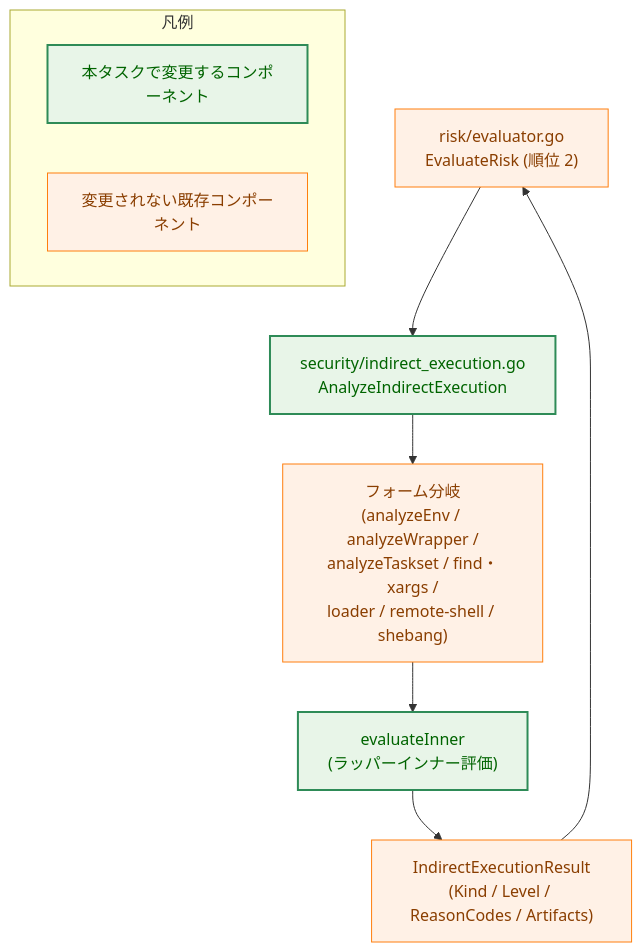
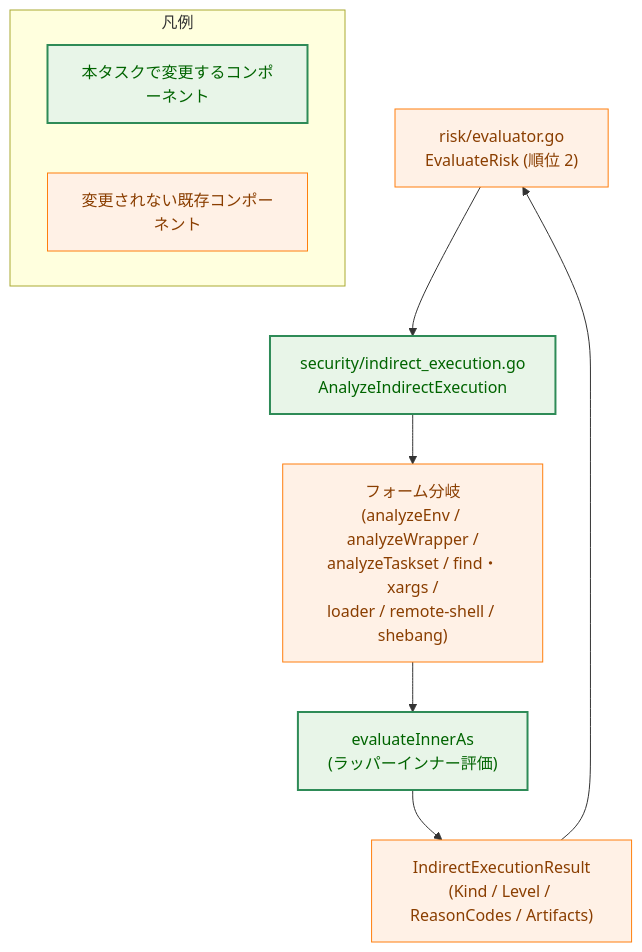
The second of 4 diagrams in docs/tasks/0138_indirect_inner_command_risk/02_architecture.md (isseis/go-safe-cmd-runner), drawn with Mermaid before and after one commit. The commit also changed other lines of this file and 1 other file, not shown here.

First line of the commit message:
refactor(0138): drop redundant evaluateInner passthrough; align design doc

````diff
--- a/docs/tasks/0138_indirect_inner_command_risk/02_architecture.md
+++ b/docs/tasks/0138_indirect_inner_command_risk/02_architecture.md
@@ -74,22 +74,22 @@
 ```mermaid
 flowchart TD
     classDef process fill:#fff1e6,stroke:#ff7f0e,stroke-width:1px,color:#8a3e00;
     classDef enhanced fill:#e8f5e8,stroke:#2e8b57,stroke-width:2px,color:#006400;
 
     EV["risk/evaluator.go<br>EvaluateRisk (順位 2)"] --> AIE["security/indirect_execution.go<br>AnalyzeIndirectExecution"]
     AIE --> DISP["フォーム分岐<br>(analyzeEnv / analyzeWrapper /<br>analyzeTaskset / find・xargs /<br>loader / remote-shell / shebang)"]
-    DISP --> EI["evaluateInner<br>(ラッパーインナー評価)"]
+    DISP --> EI["evaluateInnerAs<br>(ラッパーインナー評価)"]
     EI --> RES["IndirectExecutionResult<br>(Kind / Level / ReasonCodes / Artifacts)"]
     RES --> EV
 
     class EV,DISP,RES process
     class AIE,EI enhanced
 
     %% Legend
     subgraph Legend["凡例"]
         L2["本タスクで変更するコンポーネント"]
         L3["変更されない既存コンポーネント"]
     end
     class L2 enhanced
     class L3 process
 ```
````
